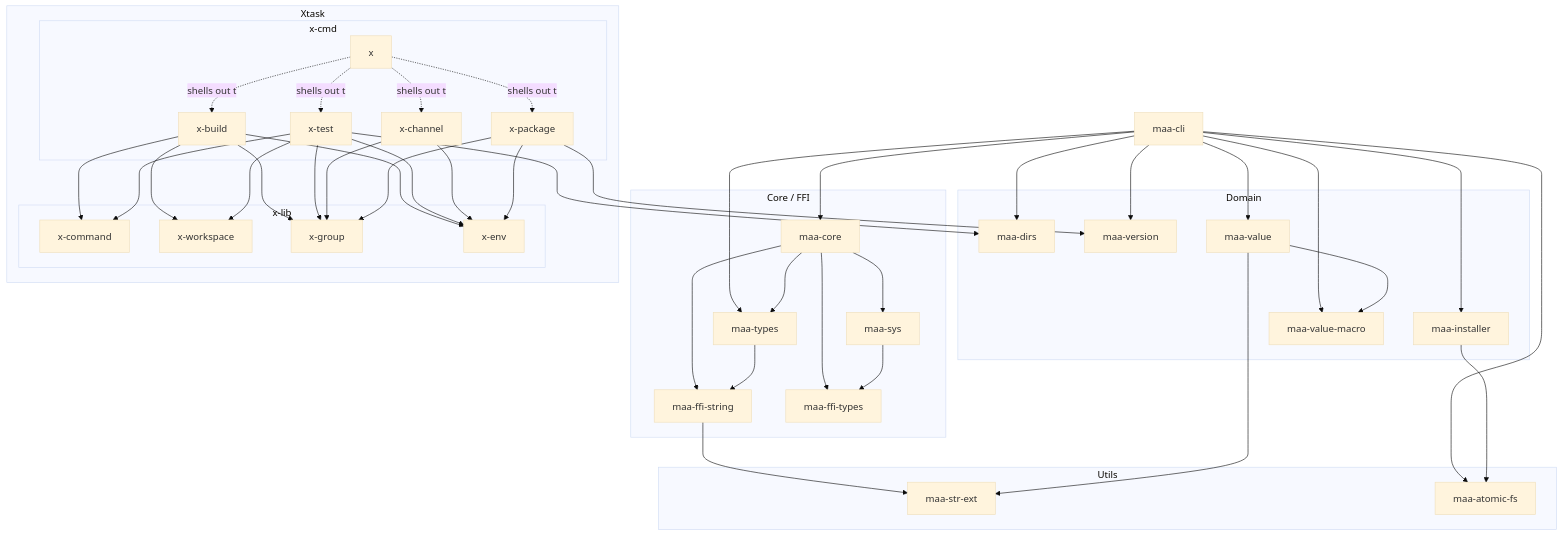
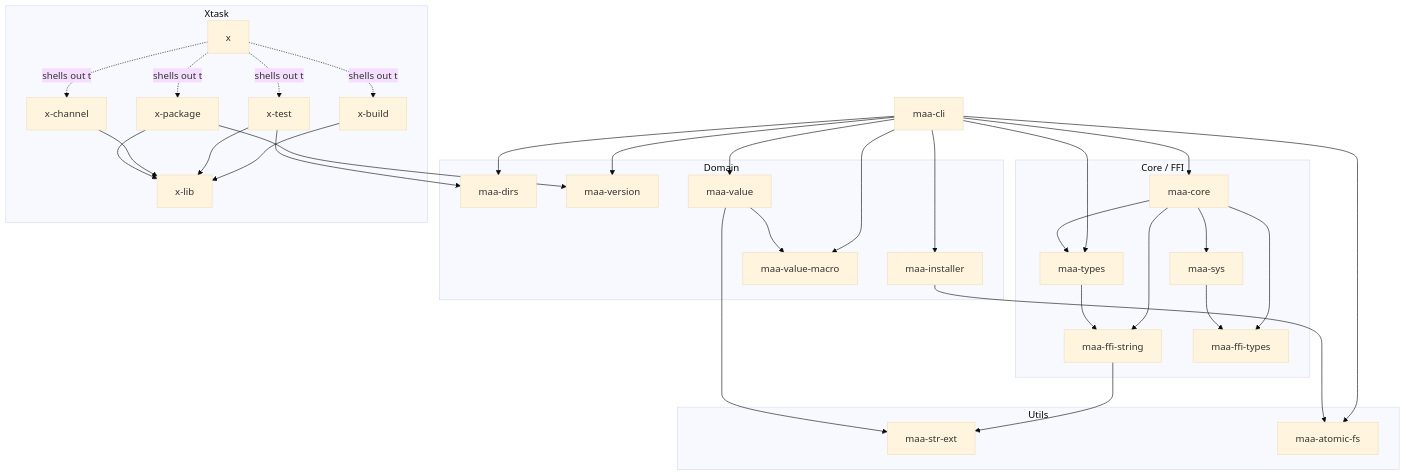
The diagram in AGENTS.md (MaaAssistantArknights/maa-cli), drawn with Mermaid (base theme) before and after one commit. The commit also changed other lines of this file and 11 other files, not shown here.

````diff
--- a/AGENTS.md
+++ b/AGENTS.md
@@ -14,82 +14,67 @@
 ```mermaid
 graph TD
     CLI["maa-cli"]
 
     subgraph Domain
         DIRS["maa-dirs"]
         VERSION["maa-version"]
         INSTALLER["maa-installer"]
         VALUE["maa-value"]
         VALMACRO["maa-value-macro"]
     end
 
     subgraph Core["Core / FFI"]
         CORE["maa-core"]
         SYS["maa-sys"]
         FFISTR["maa-ffi-string"]
         TYPES["maa-types"]
         FFITYPES["maa-ffi-types"]
     end
 
     subgraph Utils
         STREXT["maa-str-ext"]
         ATOMICFS["maa-atomic-fs"]
     end
     
     subgraph Xtask
-        subgraph Xlib["x-lib"]
-            COMMAND["x-command"]
-            WORKSPACE["x-workspace"]
-            GROUP["x-group"]
-            ENV["x-env"]
-        end
-        subgraph Xcmd["x-cmd"]
-            BUILD["x-build"]
-            TEST["x-test"]
-            CHANNEL["x-channel"]
-            PACKAGE["x-package"]
-            X["x"]
-        end
+        XLIB["x-lib"]
+        BUILD["x-build"]
+        TEST["x-test"]
+        CHANNEL["x-channel"]
+        PACKAGE["x-package"]
+        X["x"]
     end
 
     CLI --> CORE
     CLI --> DIRS
     CLI --> INSTALLER
     CLI --> TYPES
     CLI --> VALUE
     CLI --> VALMACRO
     CLI --> VERSION
     CLI --> ATOMICFS
 
     CORE --> SYS
     CORE --> TYPES
     CORE --> FFISTR
     CORE --> FFITYPES
 
     SYS --> FFITYPES
     TYPES --> FFISTR
 
     FFISTR --> STREXT
     VALUE --> STREXT
     VALUE --> VALMACRO
     INSTALLER --> ATOMICFS
     
-    BUILD --> GROUP
-    TEST --> GROUP
-    CHANNEL --> GROUP
-    PACKAGE --> GROUP
-    BUILD --> ENV
-    TEST --> ENV
-    CHANNEL --> ENV
-    PACKAGE --> ENV
-    BUILD --> COMMAND
-    TEST --> COMMAND
-    BUILD --> WORKSPACE
-    TEST --> WORKSPACE
+    BUILD --> XLIB
+    TEST --> XLIB
+    CHANNEL --> XLIB
+    PACKAGE --> XLIB
     TEST --> DIRS
     PACKAGE --> VERSION
     X -.shells out to.-> BUILD
     X -.shells out to.-> TEST
     X -.shells out to.-> CHANNEL
     X -.shells out to.-> PACKAGE
 ```
````
